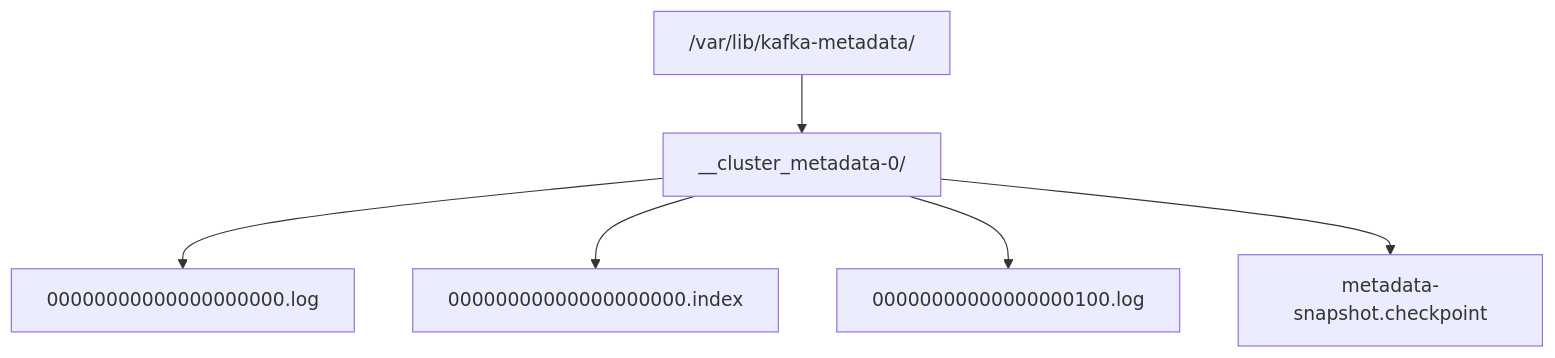
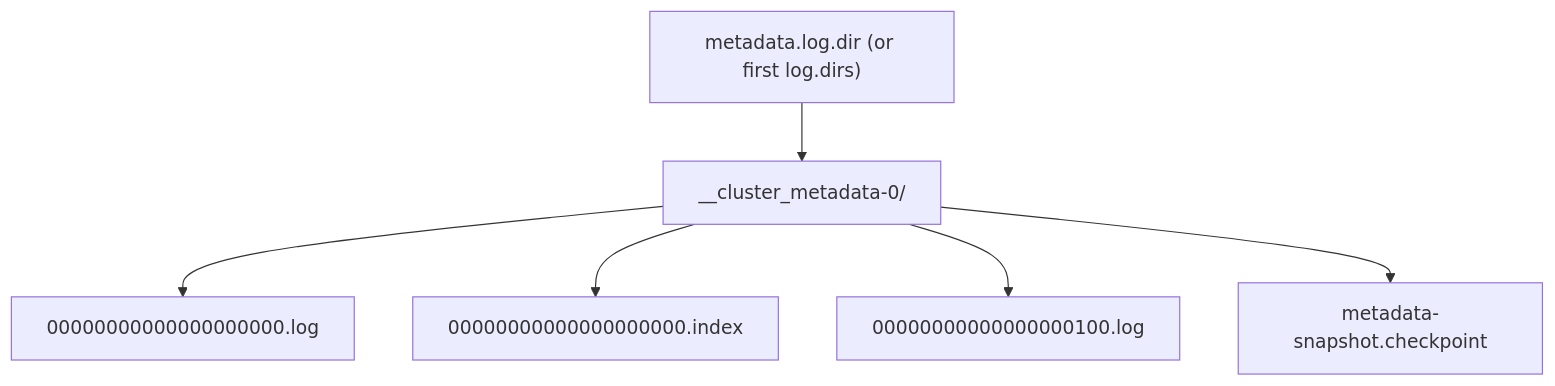
Before and after one commit to Siddpawar9222/Obsidian-Vault: the sixth of 16 diagrams in Inbox/Kafka_Obsidian_Organized/04 - Replication and KRaft/008-KRaft_and_Cluster_Consensus.md, drawn with Mermaid. The commit also changed other lines of this file and 46 other files, not shown here.

````diff
--- a/Inbox/Kafka_Obsidian_Organized/04 - Replication and KRaft/008-KRaft_and_Cluster_Consensus.md
+++ b/Inbox/Kafka_Obsidian_Organized/04 - Replication and KRaft/008-KRaft_and_Cluster_Consensus.md
@@ -308,8 +192,8 @@
 ```mermaid
 flowchart TD
-    D["/var/lib/kafka-metadata/"] --> M["__cluster_metadata-0/"]
+    D["metadata.log.dir (or first log.dirs)"] --> M["__cluster_metadata-0/"]
     M --> F1["00000000000000000000.log"]
     M --> F2["00000000000000000000.index"]
     M --> F3["00000000000000000100.log"]
     M --> F4["metadata-snapshot.checkpoint"]
 ```
````
